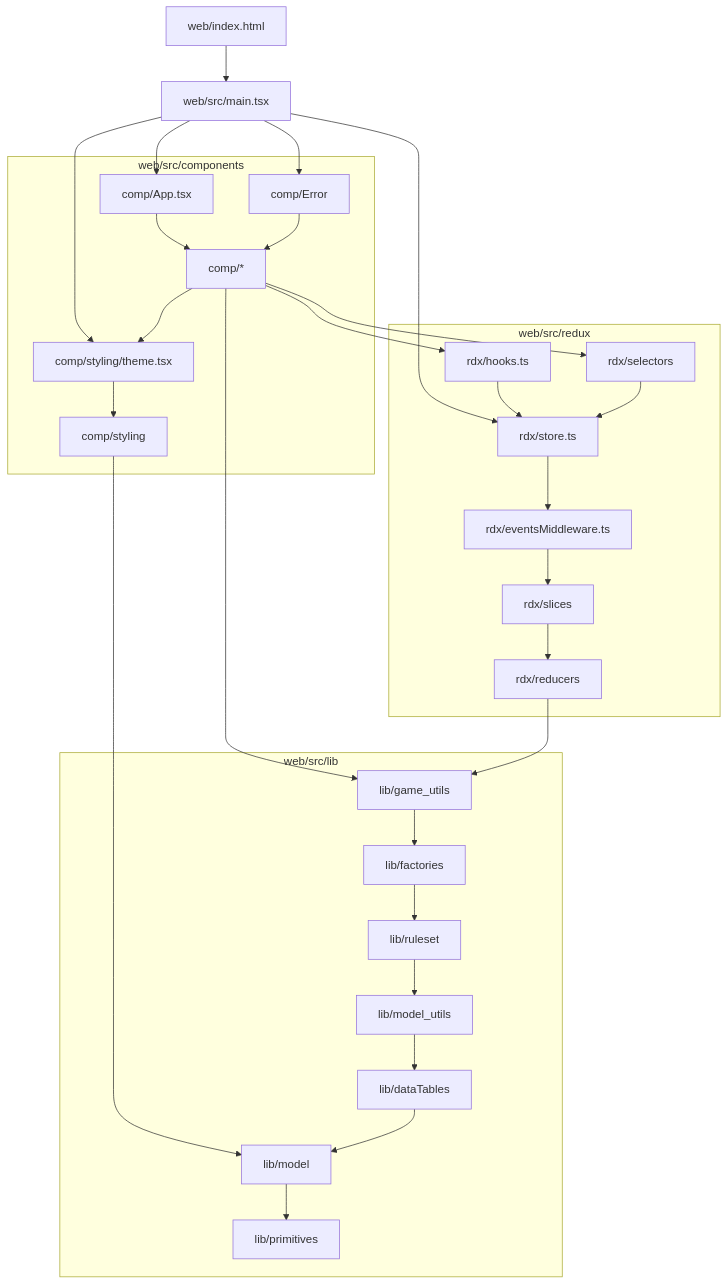
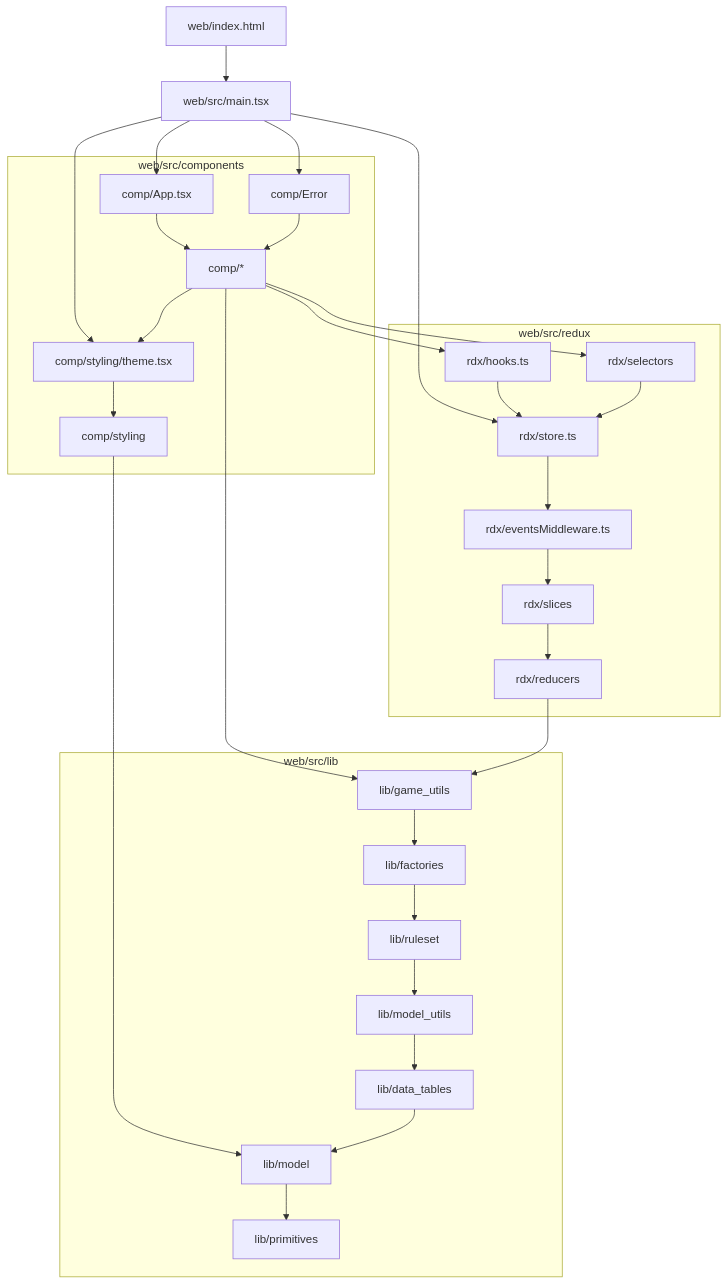
Before and after one commit to konrad-jamrozik/game-ts: the first of 3 diagrams in docs/design/about_code_dependencies.md, drawn with Mermaid. The commit also changed 11 other files, not shown here.

````diff
--- a/docs/design/about_code_dependencies.md
+++ b/docs/design/about_code_dependencies.md
@@ -47,56 +47,56 @@
 ```mermaid
 graph TD
     IndexH[web/index.html] --> MainTs[web/src/main.tsx]
 
     subgraph "web/src/components"
         CompApp[comp/App.tsx]
         CompTheme[comp/styling/theme.tsx]
         CompErr[comp/Error]
         Comp__[comp/*]
         CompSt[comp/styling]
     end
 
     subgraph "web/src/redux"
         RdxHook[rdx/hooks.ts]
         RdxStore[rdx/store.ts]
         RdxSel[rdx/selectors]
         RdxMid[rdx/eventsMiddleware.ts]
         RdxSli[rdx/slices]
         RdxRed[rdx/reducers]
     end
 
     subgraph "web/src/lib"
         LibGam[lib/game_utils]
         LibFac[lib/factories]
         LibRul[lib/ruleset]
         LibMUt[lib/model_utils]
-        LibDataT[lib/dataTables]
+        LibDataT[lib/data_tables]
         LibMod[lib/model]
         LibPri[lib/primitives]
     end
 
     MainTs --> CompApp
     MainTs --> CompTheme
     MainTs --> CompErr
     MainTs --> RdxStore
     CompTheme --> CompSt
     CompApp --> Comp__
     CompErr --> Comp__
     Comp__ --> RdxHook
     Comp__ --> RdxSel
     Comp__ --> CompTheme
     Comp__ --> LibGam
     CompSt --> LibMod
     RdxStore --> RdxMid
     RdxMid --> RdxSli
     RdxSli --> RdxRed
     RdxRed --> LibGam
     RdxHook --> RdxStore
     RdxSel --> RdxStore
     LibGam --> LibFac
     LibFac --> LibRul
     LibRul --> LibMUt
     LibMUt --> LibDataT
     LibDataT --> LibMod
     LibMod --> LibPri
 ```
````
